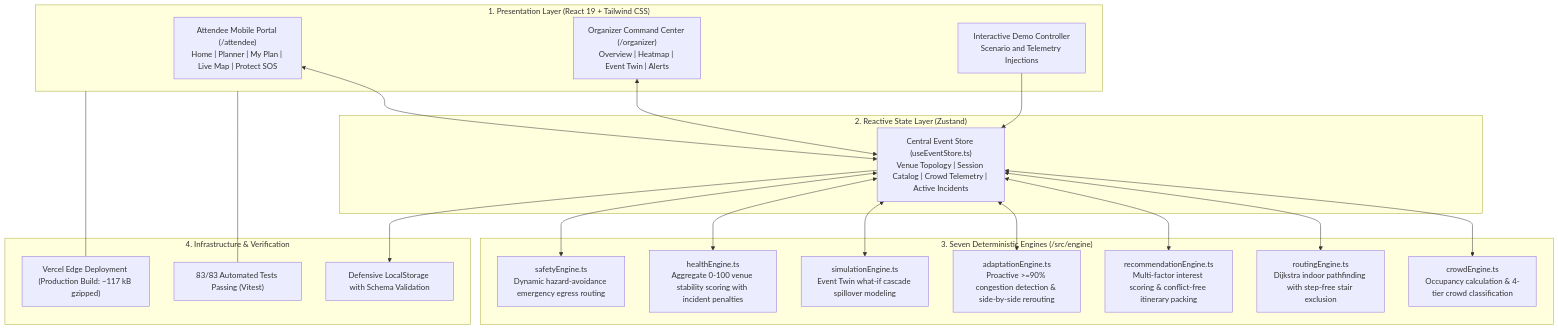
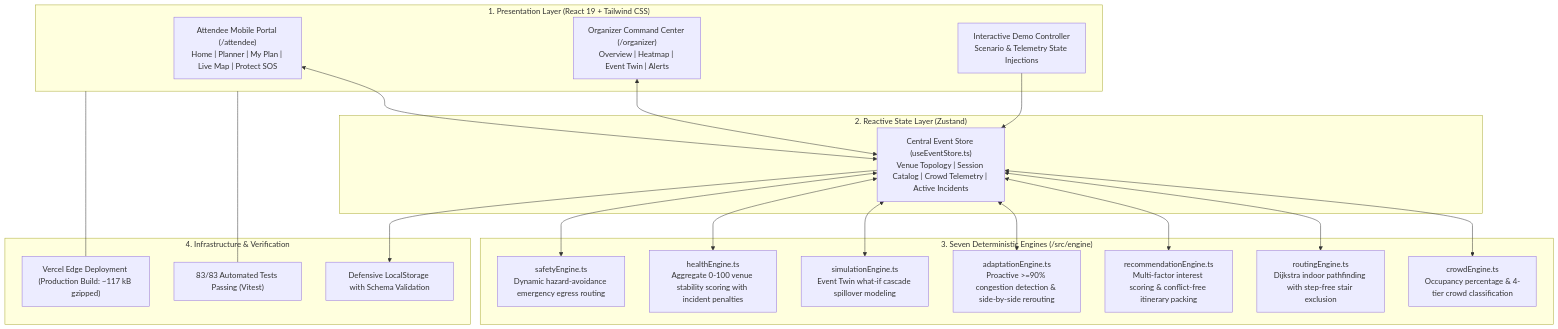
Before and after one commit to Kanneboinashivakumar/MILO: the diagram in README.md, drawn with Mermaid. The commit also changed other lines of this file, not shown here.

Commit message:
docs: revamp README to match SIGNMIND high-impact structured format with complete architectural flow, verified specs, and clean tree

````diff
--- a/README.md
+++ b/README.md
@@ -57,42 +40,42 @@
 ```mermaid
 flowchart TD
     subgraph Presentation ["1. Presentation Layer (React 19 + Tailwind CSS)"]
         A["Attendee Mobile Portal (/attendee)<br/>Home | Planner | My Plan | Live Map | Protect SOS"]
         O["Organizer Command Center (/organizer)<br/>Overview | Heatmap | Event Twin | Alerts"]
-        D["Interactive Demo Controller<br/>Scenario and Telemetry Injections"]
+        D["Interactive Demo Controller<br/>Scenario & Telemetry State Injections"]
     end
 
     subgraph State ["2. Reactive State Layer (Zustand)"]
         S["Central Event Store (useEventStore.ts)<br/>Venue Topology | Session Catalog | Crowd Telemetry | Active Incidents"]
     end
 
     subgraph Engines ["3. Seven Deterministic Engines (/src/engine)"]
-        E1["crowdEngine.ts<br/>Occupancy calculation & 4-tier crowd classification"]
+        E1["crowdEngine.ts<br/>Occupancy percentage & 4-tier crowd classification"]
         E2["routingEngine.ts<br/>Dijkstra indoor pathfinding with step-free stair exclusion"]
         E3["recommendationEngine.ts<br/>Multi-factor interest scoring & conflict-free itinerary packing"]
         E4["adaptationEngine.ts<br/>Proactive >=90% congestion detection & side-by-side rerouting"]
         E5["simulationEngine.ts<br/>Event Twin what-if cascade spillover modeling"]
         E6["healthEngine.ts<br/>Aggregate 0-100 venue stability scoring with incident penalties"]
         E7["safetyEngine.ts<br/>Dynamic hazard-avoidance emergency egress routing"]
     end
 
     subgraph Infra ["4. Infrastructure & Verification"]
         I1["Defensive LocalStorage with Schema Validation"]
         I2["83/83 Automated Tests Passing (Vitest)"]
         I3["Vercel Edge Deployment (Production Build: ~117 kB gzipped)"]
     end
 
     A <--> S
     O <--> S
     D --> S
     S <--> E1
     S <--> E2
     S <--> E3
     S <--> E4
     S <--> E5
     S <--> E6
     S <--> E7
     S --> I1
     Presentation --- I2
     Presentation --- I3
 ```
````
